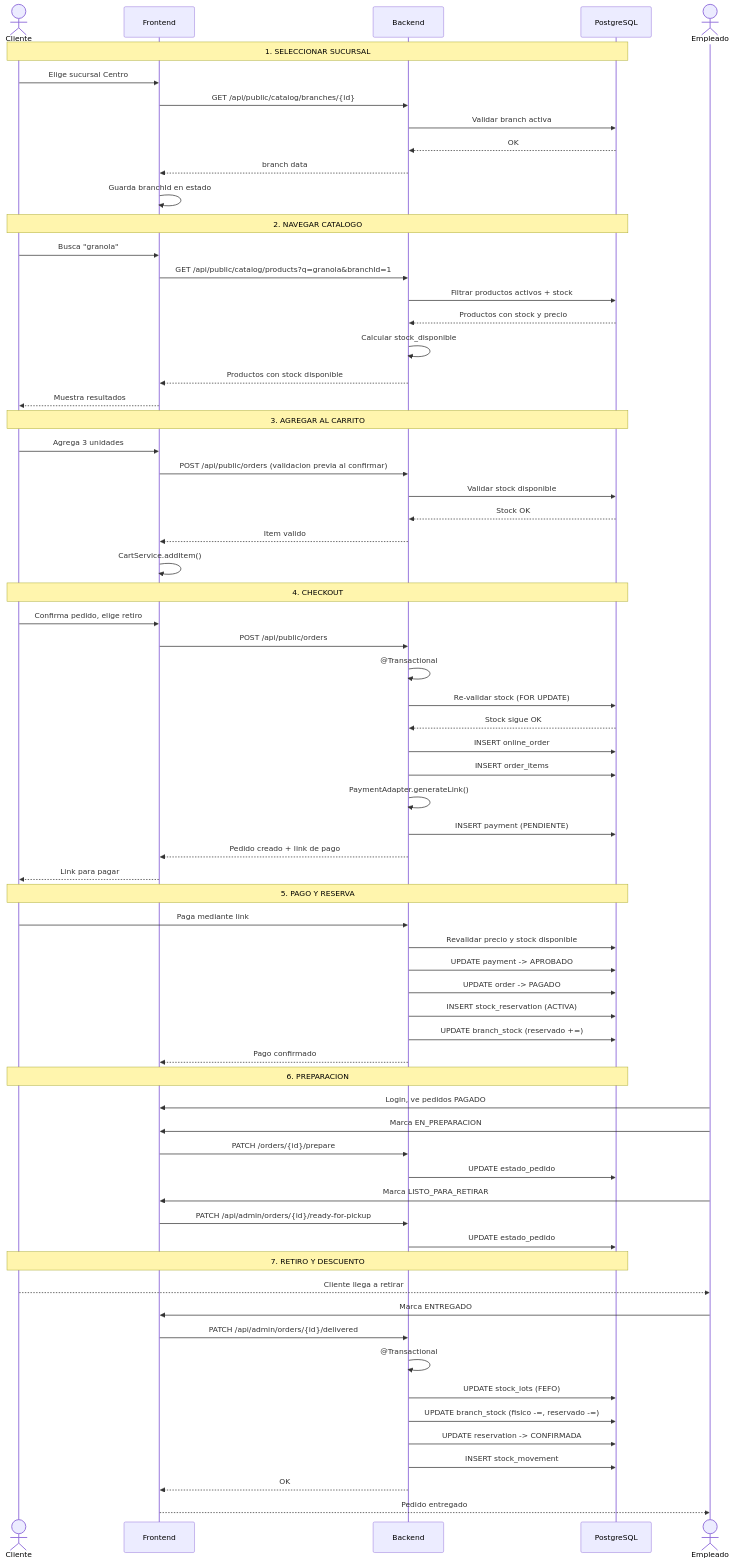
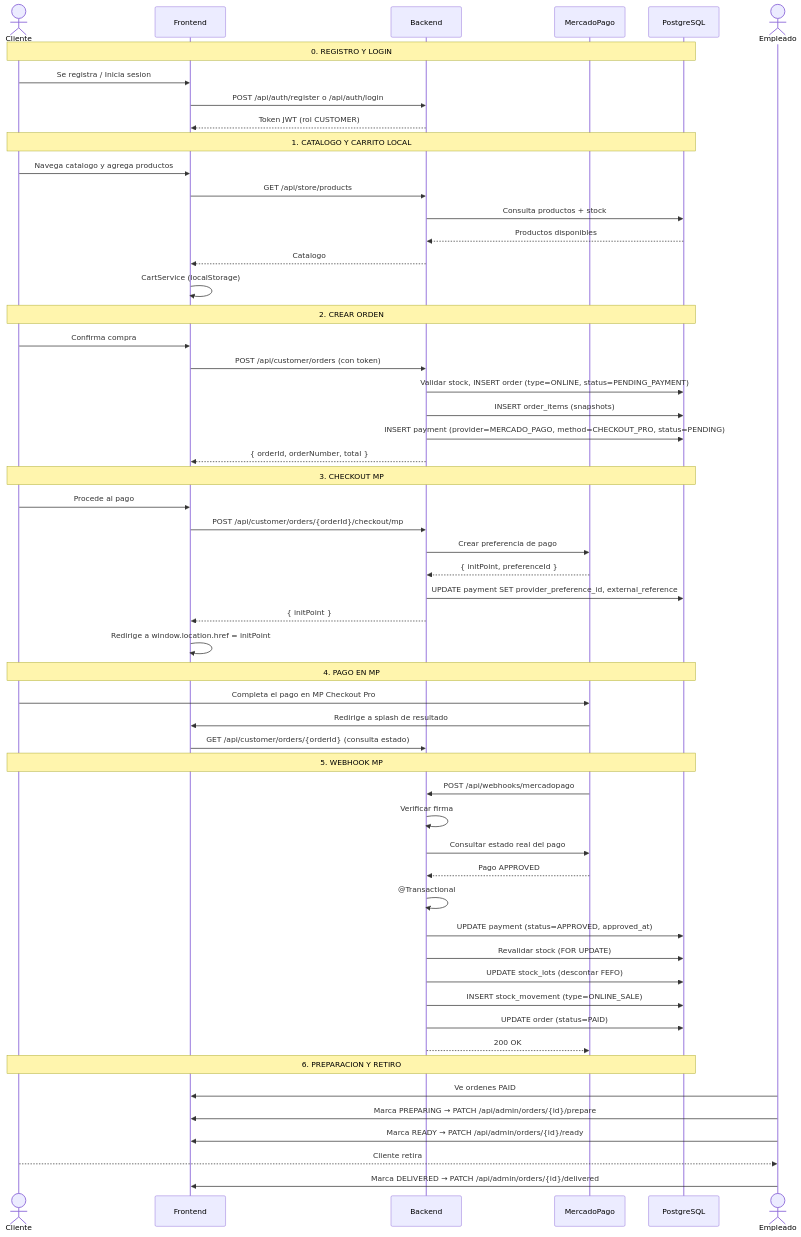
One commit to NachoOsella/tfi-lembas changed the diagram in Documentation/Dietetica Lembas/08 - Procesos/Compra Online Retiro.md. Above: the diagram before and after it, drawn with Mermaid. The commit also changed other lines of this file and 41 other files, not shown here.

````diff
--- a/Documentation/Dietetica Lembas/08 - Procesos/Compra Online Retiro.md
+++ b/Documentation/Dietetica Lembas/08 - Procesos/Compra Online Retiro.md
@@ -16,77 +18,65 @@
 ```mermaid
 %%{init: {"theme": "base", "themeVariables": {"darkMode": true, "background": "#1d2021", "primaryColor": "#32302f", "primaryTextColor": "#d4be98", "primaryBorderColor": "#d4be98", "lineColor": "#d4be98", "secondaryColor": "#32302f", "tertiaryColor": "#1d2021", "textColor": "#d4be98", "noteBkgColor": "#32302f", "noteTextColor": "#d4be98", "noteBorderColor": "#d8a657", "actorBkg": "#32302f", "actorTextColor": "#d4be98", "actorLineColor": "#d4be98", "signalColor": "#7daea3", "signalTextColor": "#d4be98", "labelBoxBkgColor": "#32302f", "labelBoxBorderColor": "#d4be98", "labelTextColor": "#d4be98", "loopTextColor": "#d4be98"}}%%
 sequenceDiagram
     actor C as Cliente
     participant FE as Frontend
     participant BE as Backend
+    participant MP as MercadoPago
     participant DB as PostgreSQL
 
-    Note over C,DB: 1. SELECCIONAR SUCURSAL
-    C->>FE: Elige sucursal Centro
-    FE->>BE: GET /api/public/catalog/branches/{id}
-    BE->>DB: Validar branch activa
-    DB-->>BE: OK
-    BE-->>FE: branch data
-    FE->>FE: Guarda branchId en estado
+    Note over C,DB: 0. REGISTRO Y LOGIN
+    C->>FE: Se registra / Inicia sesion
+    FE->>BE: POST /api/auth/register o /api/auth/login
+    BE-->>FE: Token JWT (rol CUSTOMER)
 
-    Note over C,DB: 2. NAVEGAR CATALOGO
-    C->>FE: Busca "granola"
-    FE->>BE: GET /api/public/catalog/products?q=granola&branchId=1
-    BE->>DB: Filtrar productos activos + stock
-    DB-->>BE: Productos con stock y precio
-    BE->>BE: Calcular stock_disponible
-    BE-->>FE: Productos con stock disponible
-    FE-->>C: Muestra resultados
+    Note over C,DB: 1. CATALOGO Y CARRITO LOCAL
+    C->>FE: Navega catalogo y agrega productos
+    FE->>BE: GET /api/store/products
+    BE->>DB: Consulta productos + stock
+    DB-->>BE: Productos disponibles
+    BE-->>FE: Catalogo
+    FE->>FE: CartService (localStorage)
 
-    Note over C,DB: 3. AGREGAR AL CARRITO
-    C->>FE: Agrega 3 unidades
-    FE->>BE: POST /api/public/orders (validacion previa al confirmar)
-    BE->>DB: Validar stock disponible
-    DB-->>BE: Stock OK
-    BE-->>FE: Item valido
-    FE->>FE: CartService.addItem()
+    Note over C,DB: 2. CREAR ORDEN
+    C->>FE: Confirma compra
+    FE->>BE: POST /api/customer/orders (con token)
+    BE->>DB: Validar stock, INSERT order (type=ONLINE, status=PENDING_PAYMENT)
+    BE->>DB: INSERT order_items (snapshots)
+    BE->>DB: INSERT payment (provider=MERCADO_PAGO, method=CHECKOUT_PRO, status=PENDING)
+    BE-->>FE: { orderId, orderNumber, total }
 
-    Note over C,DB: 4. CHECKOUT
-    C->>FE: Confirma pedido, elige retiro
-    FE->>BE: POST /api/public/orders
+    Note over C,DB: 3. CHECKOUT MP
+    C->>FE: Procede al pago
+    FE->>BE: POST /api/customer/orders/{orderId}/checkout/mp
+    BE->>MP: Crear preferencia de pago
+    MP-->>BE: { initPoint, preferenceId }
+    BE->>DB: UPDATE payment SET provider_preference_id, external_reference
+    BE-->>FE: { initPoint }
+    FE->>FE: Redirige a window.location.href = initPoint
+
+    Note over C,DB: 4. PAGO EN MP
+    C->>MP: Completa el pago en MP Checkout Pro
+    MP->>FE: Redirige a splash de resultado
+    FE->>BE: GET /api/customer/orders/{orderId} (consulta estado)
+
+    Note over C,DB: 5. WEBHOOK MP
+    MP->>BE: POST /api/webhooks/mercadopago
+    BE->>BE: Verificar firma
+    BE->>MP: Consultar estado real del pago
+    MP-->>BE: Pago APPROVED
     BE->>BE: @Transactional
-    BE->>DB: Re-validar stock (FOR UPDATE)
-    DB-->>BE: Stock sigue OK
-    BE->>DB: INSERT online_order
-    BE->>DB: INSERT order_items
-    BE->>BE: PaymentAdapter.generateLink()
-    BE->>DB: INSERT payment (PENDIENTE)
-    BE-->>FE: Pedido creado + link de pago
-    FE-->>C: Link para pagar
+    BE->>DB: UPDATE payment (status=APPROVED, approved_at)
+    BE->>DB: Revalidar stock (FOR UPDATE)
+    BE->>DB: UPDATE stock_lots (descontar FEFO)
+    BE->>DB: INSERT stock_movement (type=ONLINE_SALE)
+    BE->>DB: UPDATE order (status=PAID)
+    BE-->>MP: 200 OK
 
-    Note over C,DB: 5. PAGO Y RESERVA
-    C->>BE: Paga mediante link
-    BE->>DB: Revalidar precio y stock disponible
-    BE->>DB: UPDATE payment -> APROBADO
-    BE->>DB: UPDATE order -> PAGADO
-    BE->>DB: INSERT stock_reservation (ACTIVA)
-    BE->>DB: UPDATE branch_stock (reservado +=)
-    BE-->>FE: Pago confirmado
-
-    Note over C,DB: 6. PREPARACION
+    Note over C,DB: 6. PREPARACION Y RETIRO
     actor E as Empleado
-    E->>FE: Login, ve pedidos PAGADO
-    E->>FE: Marca EN_PREPARACION
-    FE->>BE: PATCH /orders/{id}/prepare
-    BE->>DB: UPDATE estado_pedido
-    E->>FE: Marca LISTO_PARA_RETIRAR
-    FE->>BE: PATCH /api/admin/orders/{id}/ready-for-pickup
-    BE->>DB: UPDATE estado_pedido
-
-    Note over C,DB: 7. RETIRO Y DESCUENTO
-    C-->>E: Cliente llega a retirar
-    E->>FE: Marca ENTREGADO
-    FE->>BE: PATCH /api/admin/orders/{id}/delivered
-    BE->>BE: @Transactional
-    BE->>DB: UPDATE stock_lots (FEFO)
-    BE->>DB: UPDATE branch_stock (fisico -=, reservado -=)
-    BE->>DB: UPDATE reservation -> CONFIRMADA
-    BE->>DB: INSERT stock_movement
-    BE-->>FE: OK
-    FE-->>E: Pedido entregado
+    E->>FE: Ve ordenes PAID
+    E->>FE: Marca PREPARING → PATCH /api/admin/orders/{id}/prepare
+    E->>FE: Marca READY → PATCH /api/admin/orders/{id}/ready
+    C-->>E: Cliente retira
+    E->>FE: Marca DELIVERED → PATCH /api/admin/orders/{id}/delivered
 ```
````
